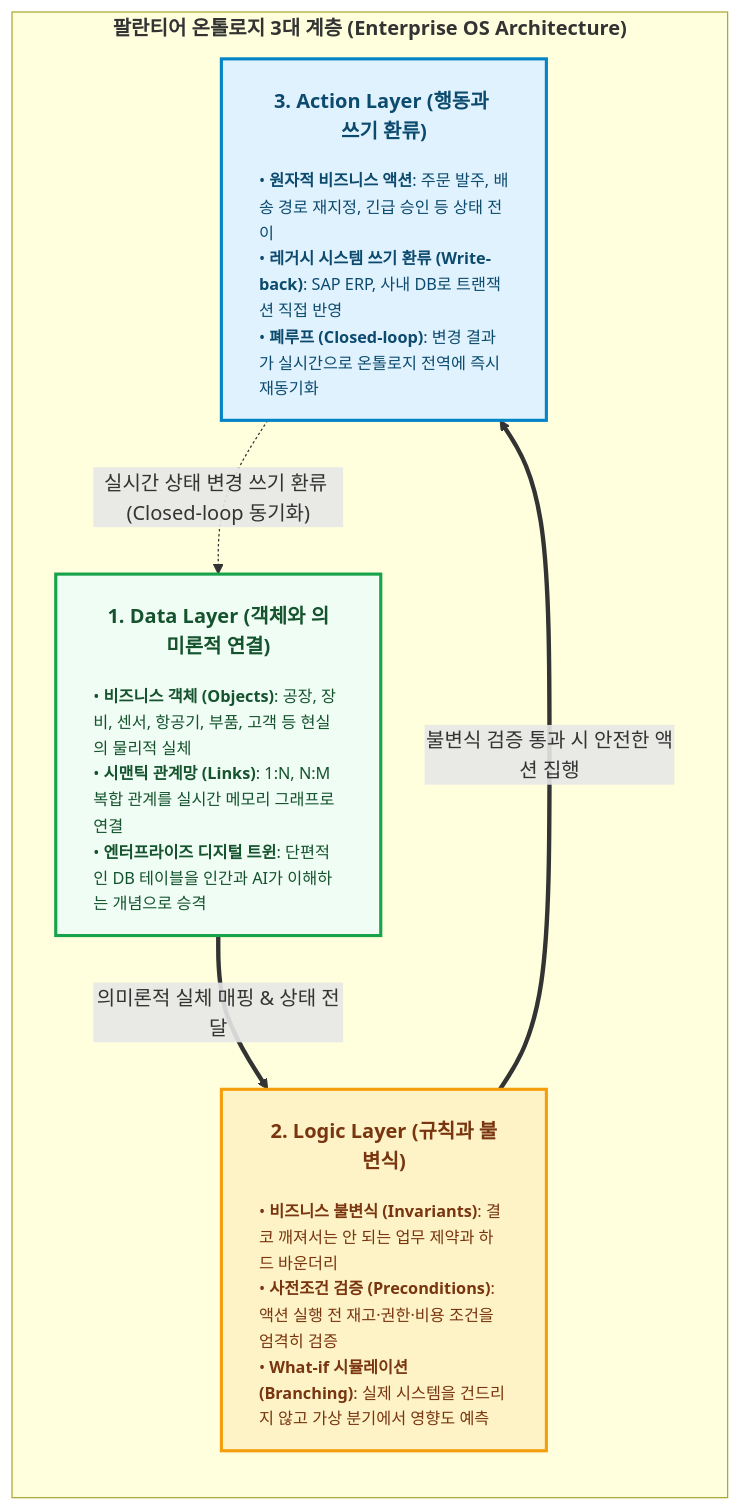
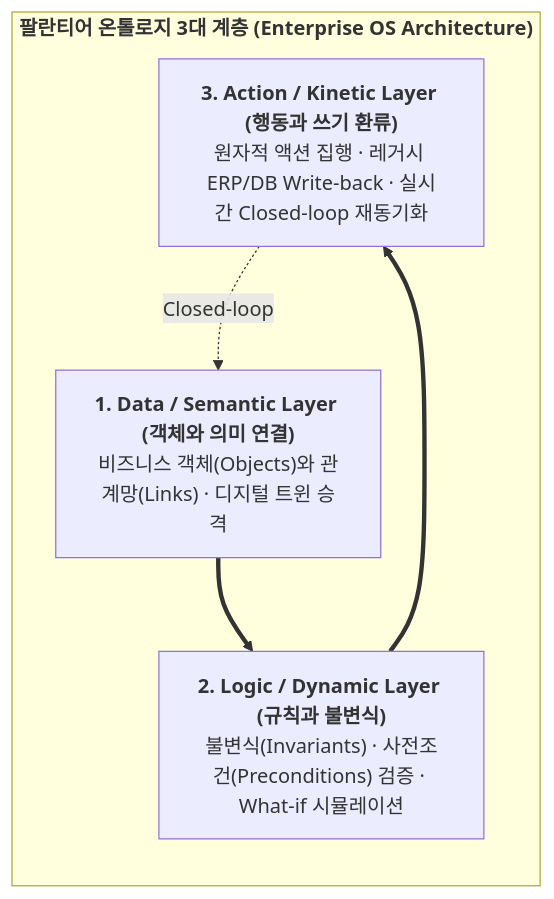
Before and after one commit to tomato-vault/tomato-vault.github.io: the second of 2 diagrams in _posts/tech/ontology-engineering/1 온톨로지가 없는 AI는 현학적인 수다쟁이일 뿐이다.md, drawn with Mermaid. The commit also changed other lines of this file and 43 other files, not shown here.

````diff
--- a/_posts/tech/ontology-engineering/1 온톨로지가 없는 AI는 현학적인 수다쟁이일 뿐이다.md
+++ b/_posts/tech/ontology-engineering/1 온톨로지가 없는 AI는 현학적인 수다쟁이일 뿐이다.md
@@ -108,20 +86,11 @@
 ```mermaid
 flowchart TB
-    classDef actionStyle fill:#e0f2fe,stroke:#0284c7,stroke-width:2.5px,color:#0c4a6e
-    classDef logicStyle fill:#fef3c7,stroke:#f59e0b,stroke-width:2.5px,color:#78350f
-    classDef dataStyle fill:#f0fdf4,stroke:#16a34a,stroke-width:2.5px,color:#14532d
-
     subgraph ONTO ["<b>팔란티어 온톨로지 3대 계층 (Enterprise OS Architecture)</b>"]
         direction TB
-
-        L3["<div style='text-align:center; padding:6px 8px;'><b>3. Action Layer (행동과 쓰기 환류)</b></div><hr style='margin:6px 0; border:none; border-top:1px solid #38bdf8;'/><div style='text-align:left; font-size:13px; line-height:1.6;'>• <b>원자적 비즈니스 액션</b>: 주문 발주, 배송 경로 재지정, 긴급 승인 등 상태 전이<br/>• <b>레거시 시스템 쓰기 환류 (Write-back)</b>: SAP ERP, 사내 DB로 트랜잭션 직접 반영<br/>• <b>폐루프 (Closed-loop)</b>: 변경 결과가 실시간으로 온톨로지 전역에 즉시 재동기화</div>"]:::actionStyle
-
-        L2["<div style='text-align:center; padding:6px 8px;'><b>2. Logic Layer (규칙과 불변식)</b></div><hr style='margin:6px 0; border:none; border-top:1px solid #fcd34d;'/><div style='text-align:left; font-size:13px; line-height:1.6;'>• <b>비즈니스 불변식 (Invariants)</b>: 결코 깨져서는 안 되는 업무 제약과 하드 바운더리<br/>• <b>사전조건 검증 (Preconditions)</b>: 액션 실행 전 재고·권한·비용 조건을 엄격히 검증<br/>• <b>What-if 시뮬레이션 (Branching)</b>: 실제 시스템을 건드리지 않고 가상 분기에서 영향도 예측</div>"]:::logicStyle
-
-        L1["<div style='text-align:center; padding:6px 8px;'><b>1. Data Layer (객체와 의미론적 연결)</b></div><hr style='margin:6px 0; border:none; border-top:1px solid #86efac;'/><div style='text-align:left; font-size:13px; line-height:1.6;'>• <b>비즈니스 객체 (Objects)</b>: 공장, 장비, 센서, 항공기, 부품, 고객 등 현실의 물리적 실체<br/>• <b>시맨틱 관계망 (Links)</b>: 1:N, N:M 복합 관계를 실시간 메모리 그래프로 연결<br/>• <b>엔터프라이즈 디지털 트윈</b>: 단편적인 DB 테이블을 인간과 AI가 이해하는 개념으로 승격</div>"]:::dataStyle
-
-        L1 ==>|"의미론적 실체 매핑 & 상태 전달"| L2
-        L2 ==>|"불변식 검증 통과 시 안전한 액션 집행"| L3
-        L3 -.->|"실시간 상태 변경 쓰기 환류 (Closed-loop 동기화)"| L1
+        L3["<b>3. Action / Kinetic Layer (행동과 쓰기 환류)</b><br/>원자적 액션 집행 · 레거시 ERP/DB Write-back · 실시간 Closed-loop 재동기화"]
+        L2["<b>2. Logic / Dynamic Layer (규칙과 불변식)</b><br/>불변식(Invariants) · 사전조건(Preconditions) 검증 · What-if 시뮬레이션"]
+        L1["<b>1. Data / Semantic Layer (객체와 의미 연결)</b><br/>비즈니스 객체(Objects)와 관계망(Links) · 디지털 트윈 승격"]
+        L1 ==> L2 ==> L3
+        L3 -.->|"Closed-loop"| L1
     end
 ```
````
